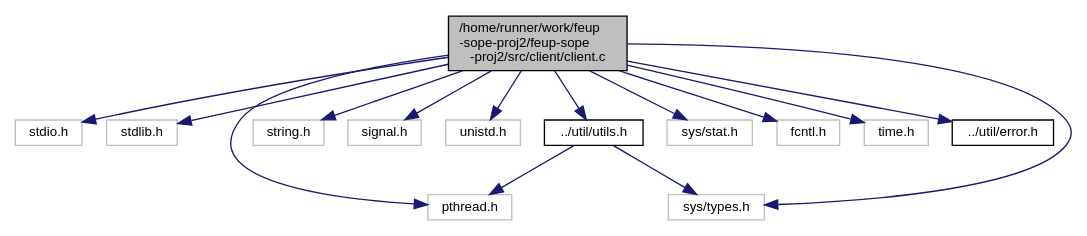
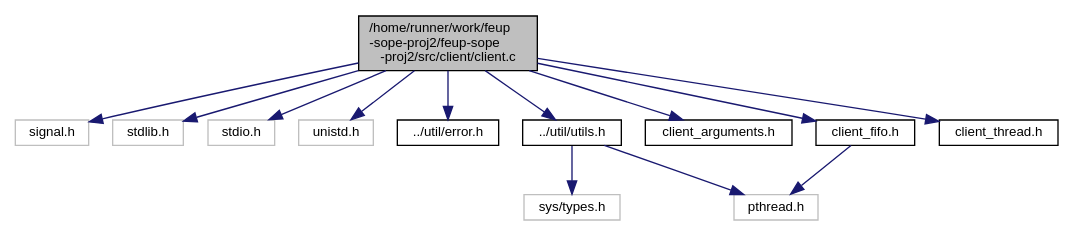
Before and after one commit to ctrlMarcio/feup-sope-proj2: the diagram in client_8c__incl.dot, drawn with Graphviz. The commit also changed 41 other files, not shown here.

```diff
--- a/client_8c__incl.dot
+++ b/client_8c__incl.dot
@@ -1,32 +1,29 @@
 digraph "/home/runner/work/feup-sope-proj2/feup-sope-proj2/src/client/client.c"
 {
   edge [fontname="Helvetica",fontsize="10",labelfontname="Helvetica",labelfontsize="10"];
   node [fontname="Helvetica",fontsize="10",shape=record];
   Node0 [label="/home/runner/work/feup\l-sope-proj2/feup-sope\l-proj2/src/client/client.c",height=0.2,width=0.4,color="black", fillcolor="grey75", style="filled", fontcolor="black"];
   Node0 -> Node1 [color="midnightblue",fontsize="10",style="solid",fontname="Helvetica"];
-  Node1 [label="stdio.h",height=0.2,width=0.4,color="grey75", fillcolor="white", style="filled"];
+  Node1 [label="signal.h",height=0.2,width=0.4,color="grey75", fillcolor="white", style="filled"];
   Node0 -> Node2 [color="midnightblue",fontsize="10",style="solid",fontname="Helvetica"];
   Node2 [label="stdlib.h",height=0.2,width=0.4,color="grey75", fillcolor="white", style="filled"];
   Node0 -> Node3 [color="midnightblue",fontsize="10",style="solid",fontname="Helvetica"];
-  Node3 [label="pthread.h",height=0.2,width=0.4,color="grey75", fillcolor="white", style="filled"];
+  Node3 [label="stdio.h",height=0.2,width=0.4,color="grey75", fillcolor="white", style="filled"];
   Node0 -> Node4 [color="midnightblue",fontsize="10",style="solid",fontname="Helvetica"];
-  Node4 [label="string.h",height=0.2,width=0.4,color="grey75", fillcolor="white", style="filled"];
+  Node4 [label="unistd.h",height=0.2,width=0.4,color="grey75", fillcolor="white", style="filled"];
   Node0 -> Node5 [color="midnightblue",fontsize="10",style="solid",fontname="Helvetica"];
-  Node5 [label="signal.h",height=0.2,width=0.4,color="grey75", fillcolor="white", style="filled"];
+  Node5 [label="../util/error.h",height=0.2,width=0.4,color="black", fillcolor="white", style="filled",URL="$error_8h.html",tooltip="Defines the possible errors. "];
   Node0 -> Node6 [color="midnightblue",fontsize="10",style="solid",fontname="Helvetica"];
-  Node6 [label="unistd.h",height=0.2,width=0.4,color="grey75", fillcolor="white", style="filled"];
-  Node0 -> Node7 [color="midnightblue",fontsize="10",style="solid",fontname="Helvetica"];
+  Node6 [label="../util/utils.h",height=0.2,width=0.4,color="black", fillcolor="white", style="filled",URL="$utils_8h_source.html"];
+  Node6 -> Node7 [color="midnightblue",fontsize="10",style="solid",fontname="Helvetica"];
   Node7 [label="sys/types.h",height=0.2,width=0.4,color="grey75", fillcolor="white", style="filled"];
-  Node0 -> Node8 [color="midnightblue",fontsize="10",style="solid",fontname="Helvetica"];
-  Node8 [label="sys/stat.h",height=0.2,width=0.4,color="grey75", fillcolor="white", style="filled"];
+  Node6 -> Node8 [color="midnightblue",fontsize="10",style="solid",fontname="Helvetica"];
+  Node8 [label="pthread.h",height=0.2,width=0.4,color="grey75", fillcolor="white", style="filled"];
   Node0 -> Node9 [color="midnightblue",fontsize="10",style="solid",fontname="Helvetica"];
-  Node9 [label="fcntl.h",height=0.2,width=0.4,color="grey75", fillcolor="white", style="filled"];
+  Node9 [label="client_arguments.h",height=0.2,width=0.4,color="black", fillcolor="white", style="filled",URL="$client__arguments_8h_source.html"];
   Node0 -> Node10 [color="midnightblue",fontsize="10",style="solid",fontname="Helvetica"];
-  Node10 [label="time.h",height=0.2,width=0.4,color="grey75", fillcolor="white", style="filled"];
+  Node10 [label="client_fifo.h",height=0.2,width=0.4,color="black", fillcolor="white", style="filled",URL="$client__fifo_8h.html",tooltip="Handles the client&#39;s FIFO&#39;s access. "];
+  Node10 -> Node8 [color="midnightblue",fontsize="10",style="solid",fontname="Helvetica"];
   Node0 -> Node11 [color="midnightblue",fontsize="10",style="solid",fontname="Helvetica"];
-  Node11 [label="../util/error.h",height=0.2,width=0.4,color="black", fillcolor="white", style="filled",URL="$error_8h.html",tooltip="Defines the possible errors. "];
-  Node0 -> Node12 [color="midnightblue",fontsize="10",style="solid",fontname="Helvetica"];
-  Node12 [label="../util/utils.h",height=0.2,width=0.4,color="black", fillcolor="white", style="filled",URL="$utils_8h_source.html"];
-  Node12 -> Node7 [color="midnightblue",fontsize="10",style="solid",fontname="Helvetica"];
-  Node12 -> Node3 [color="midnightblue",fontsize="10",style="solid",fontname="Helvetica"];
+  Node11 [label="client_thread.h",height=0.2,width=0.4,color="black", fillcolor="white", style="filled",URL="$client__thread_8h_source.html"];
 }
```
